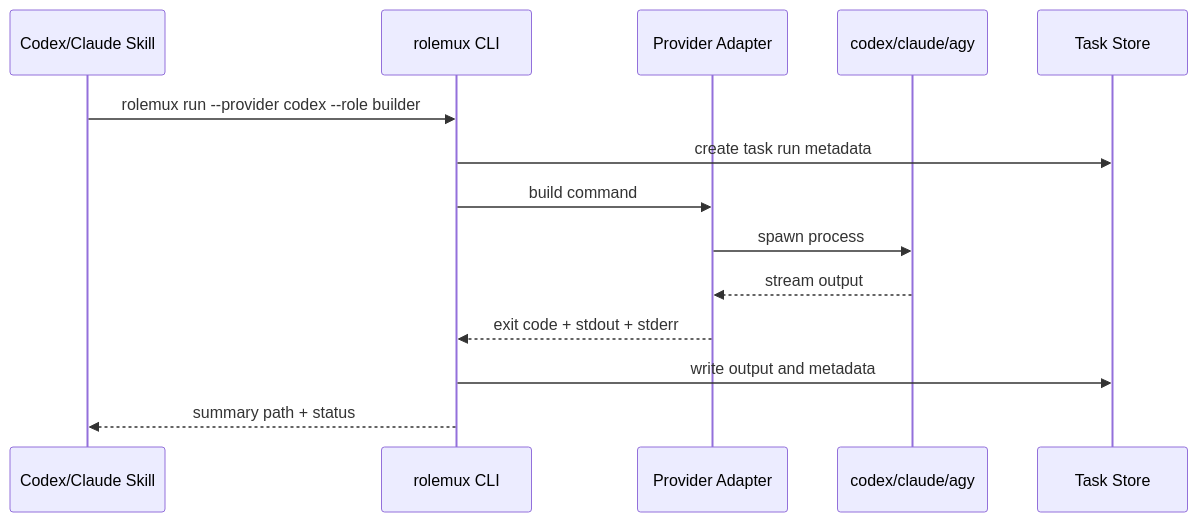
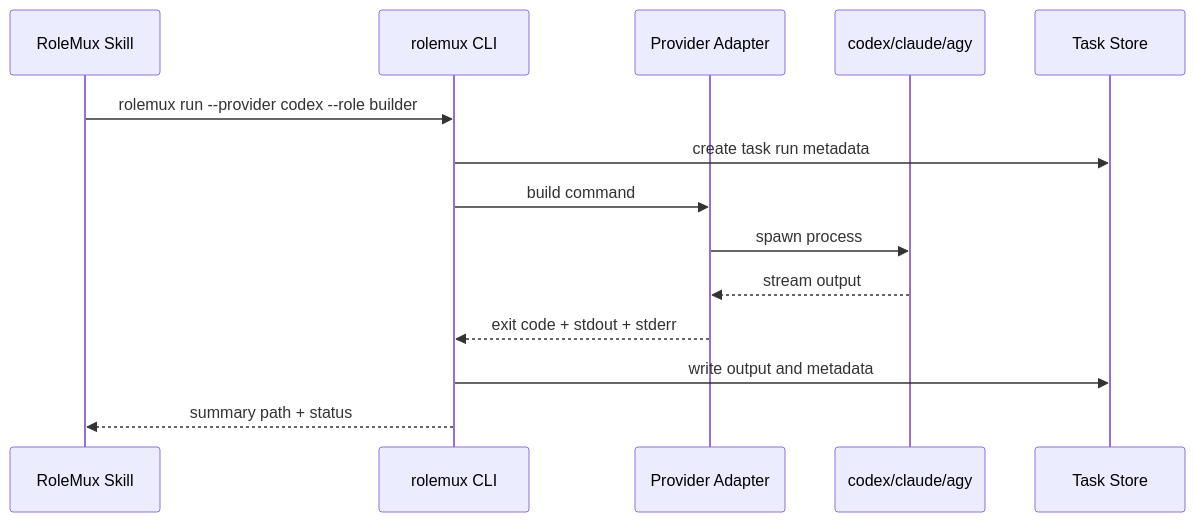
The third of 3 diagrams in spec/rolemux-development-spec.md (immortalbeating2/rolemux), drawn with Mermaid before and after one commit. The commit also changed other lines of this file and 16 other files, not shown here.

````diff
--- a/spec/rolemux-development-spec.md
+++ b/spec/rolemux-development-spec.md
@@ -305,17 +319,17 @@
 ```mermaid
 sequenceDiagram
-  participant Skill as Codex/Claude Skill
+  participant Skill as RoleMux Skill
   participant CLI as rolemux CLI
   participant Adapter as Provider Adapter
   participant Tool as codex/claude/agy
   participant Store as Task Store
 
   Skill->>CLI: rolemux run --provider codex --role builder
   CLI->>Store: create task run metadata
   CLI->>Adapter: build command
   Adapter->>Tool: spawn process
   Tool-->>Adapter: stream output
   Adapter-->>CLI: exit code + stdout + stderr
   CLI->>Store: write output and metadata
   CLI-->>Skill: summary path + status
 ```
````
